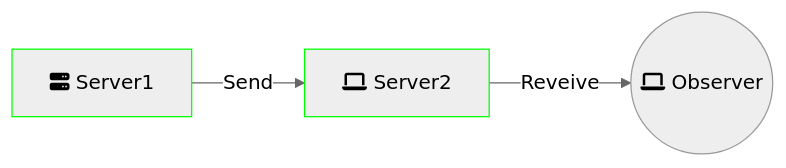
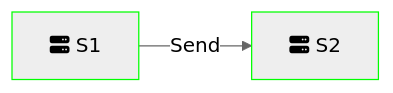
The diagram in tests/server.md (gr3gdev/rudp2p), drawn with Mermaid (neutral theme) before and after one commit. The commit also changed other lines of this file and 13 other files, not shown here.

````diff
--- a/tests/server.md
+++ b/tests/server.md
@@ -3,7 +3,6 @@
 ```mermaid
 flowchart LR
   classDef server stroke:#0f0;
   
-  S1[fa:fa-server Server1]:::server --Send--> S2[fa:fa-server Server2]:::server
-  S2[fa:fa-laptop Server2]:::server --Reveive--> O((fa:fa-laptop Observer))
+  S1[fa:fa-server S1]:::server --Send--> S2[fa:fa-server S2]:::server
 ```
````
